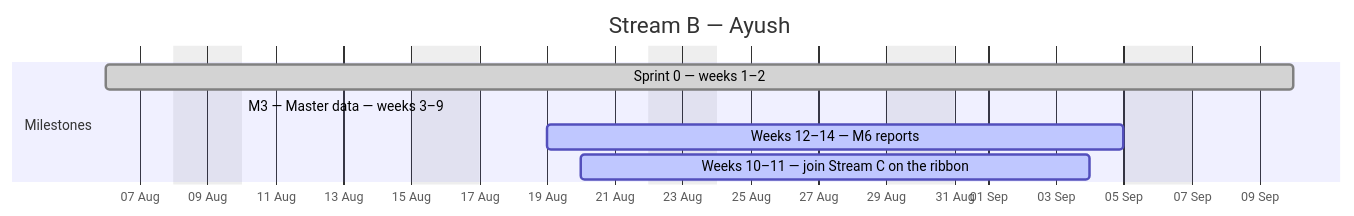
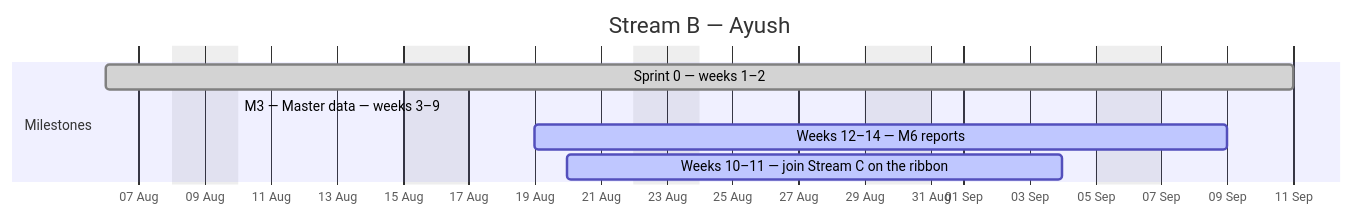
One commit to debashisedunext/EduTrack changed the second of 4 diagrams in docs/plan/GANTT.md. Above: the diagram before and after it, drawn with Mermaid. The commit also changed other lines of this file and 6 other files, not shown here.

````diff
--- a/docs/plan/GANTT.md
+++ b/docs/plan/GANTT.md
@@ -104,12 +97,12 @@
 ```mermaid
 gantt
     dateFormat YYYY-MM-DD
     axisFormat %d %b
     title Stream B — Ayush
     excludes weekends
     section Milestones
-    Sprint 0 — weeks 1–2 :done, b0, 2026-08-06, 25d
-    M3 — Master data — weeks 3–9 :active, b1, 2026-08-10, -7d
-    Weeks 12–14 — M6 reports :active, b2, 2026-08-19, 13d
+    Sprint 0 — weeks 1–2 :done, b0, 2026-08-06, 26d
+    M3 — Master data — weeks 3–9 :active, b1, 2026-08-10, -8d
+    Weeks 12–14 — M6 reports :active, b2, 2026-08-19, 15d
     Weeks 10–11 — join Stream C on the ribbon :active, b3, 2026-08-20, 11d
 ```
````
